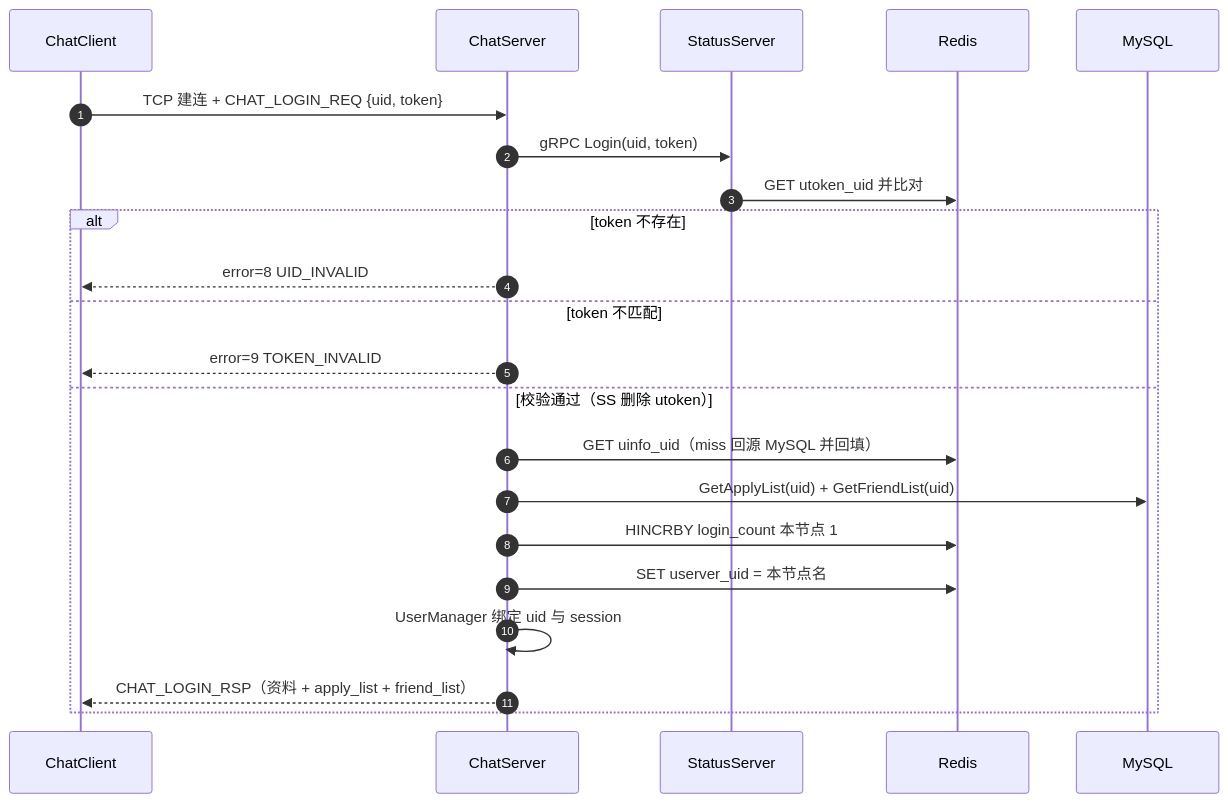
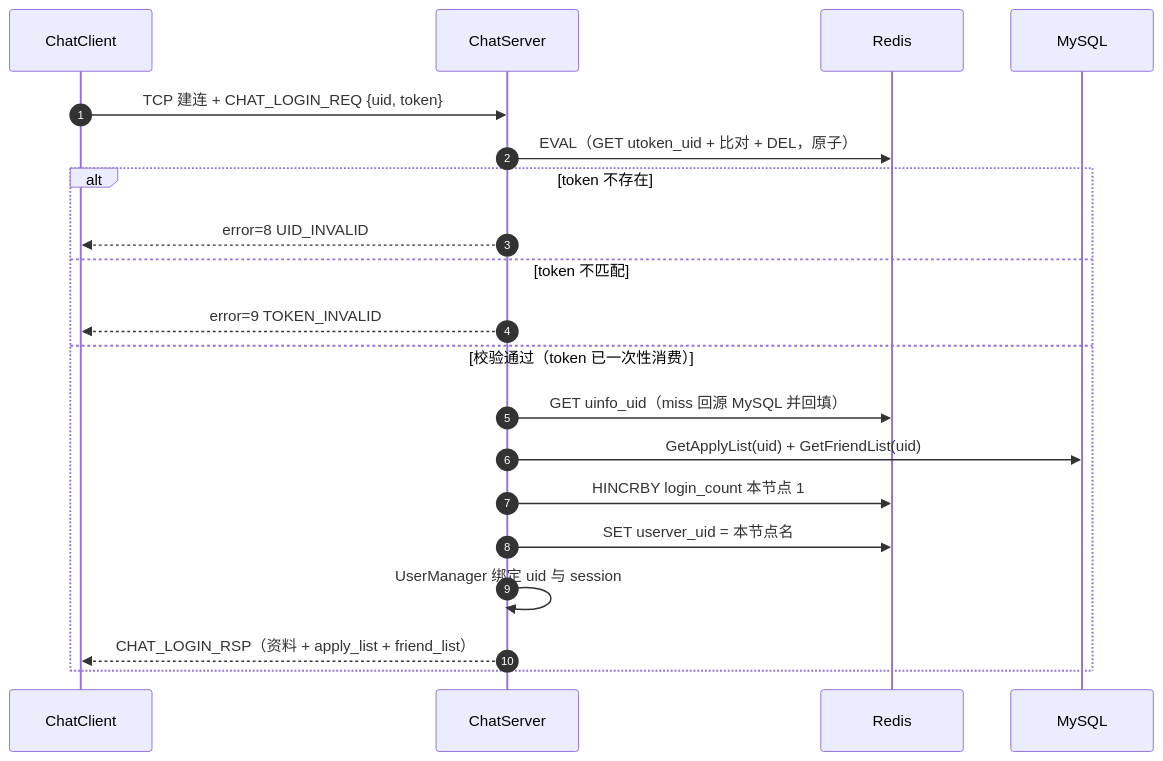
One commit to codeT2001/MyChat changed the second of 6 diagrams in Servers/ChatServer/README.md. Above: the diagram before and after it, drawn with Mermaid. The commit also changed other lines of this file and 28 other files, not shown here.

````diff
--- a/Servers/ChatServer/README.md
+++ b/Servers/ChatServer/README.md
@@ -88,25 +88,23 @@
 ```mermaid
 sequenceDiagram
     autonumber
     participant C as ChatClient
     participant CS as ChatServer
-    participant SS as StatusServer
     participant R as Redis
     participant DB as MySQL
 
     C->>CS: TCP 建连 + CHAT_LOGIN_REQ {uid, token}
-    CS->>SS: gRPC Login(uid, token)
-    SS->>R: GET utoken_uid 并比对
+    CS->>R: EVAL（GET utoken_uid + 比对 + DEL，原子）
     alt token 不存在
         CS-->>C: error=8 UID_INVALID
     else token 不匹配
         CS-->>C: error=9 TOKEN_INVALID
-    else 校验通过（SS 删除 utoken）
+    else 校验通过（token 已一次性消费）
         CS->>R: GET uinfo_uid（miss 回源 MySQL 并回填）
         CS->>DB: GetApplyList(uid) + GetFriendList(uid)
         CS->>R: HINCRBY login_count 本节点 1
         CS->>R: SET userver_uid = 本节点名
         CS->>CS: UserManager 绑定 uid 与 session
         CS-->>C: CHAT_LOGIN_RSP（资料 + apply_list + friend_list）
     end
 ```
````
